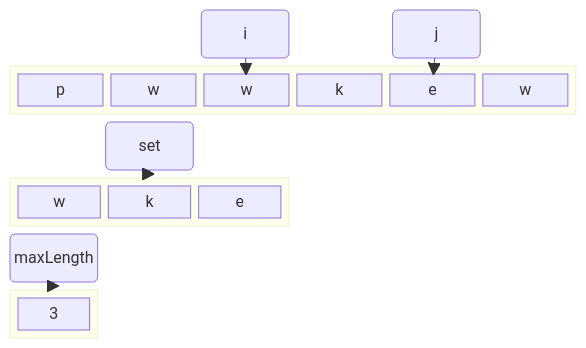
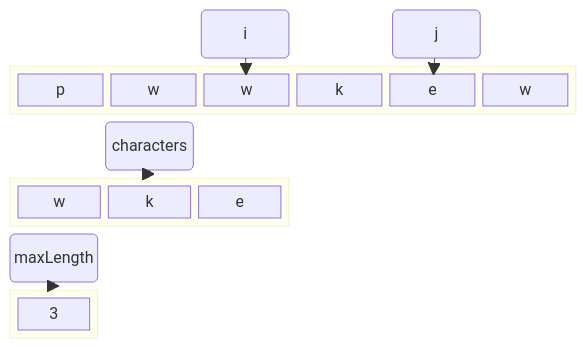
Before and after one commit to hanggrian/which-algorithms: the seventh of 7 diagrams in diagrams/two-pointers-sliding-window.md, drawn with Mermaid. The commit also changed other lines of this file and 38 other files, not shown here.

````diff
--- a/diagrams/two-pointers-sliding-window.md
+++ b/diagrams/two-pointers-sliding-window.md
@@ -131,21 +131,21 @@
 ```mermaid
 block-beta
   columns 6
   space:2 i("i") space j("j") space
   block:s:6
     a1["p"] b1["w"] c1["w"] d1["k"] e1["e"] f1["w"]
   end
-  space set("set") space:4
+  space set("characters") space:4
   block:s2:3
     a2["w"] b2["k"] c2["e"]
   end
   space:3 maxLength("maxLength") space:5
   block:params
     maxLengthVal["3"]
   end
 
   i --> c1
   j --> e1
   set --> s2
   maxLength --> params
 ```
````
